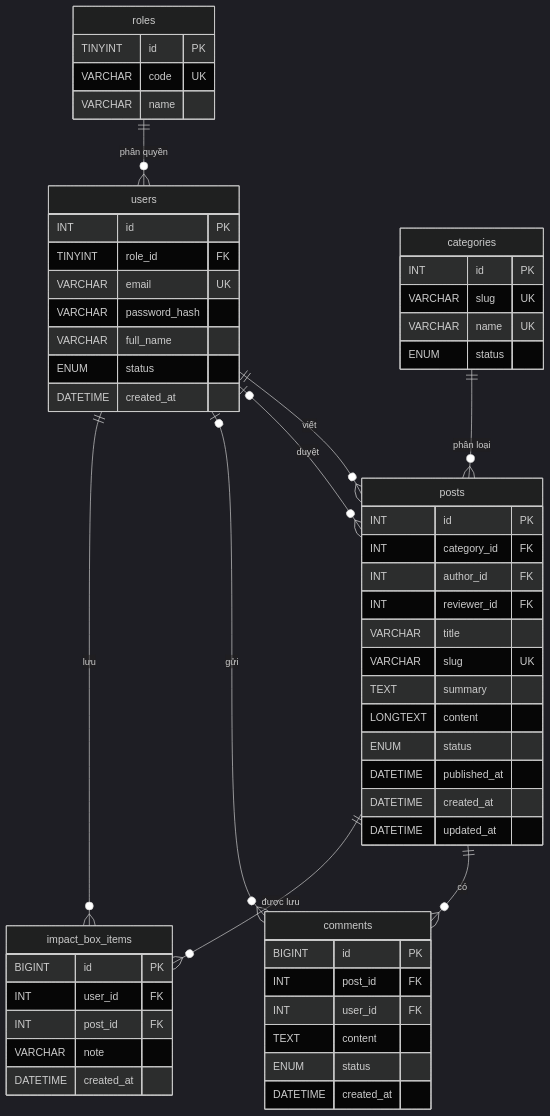
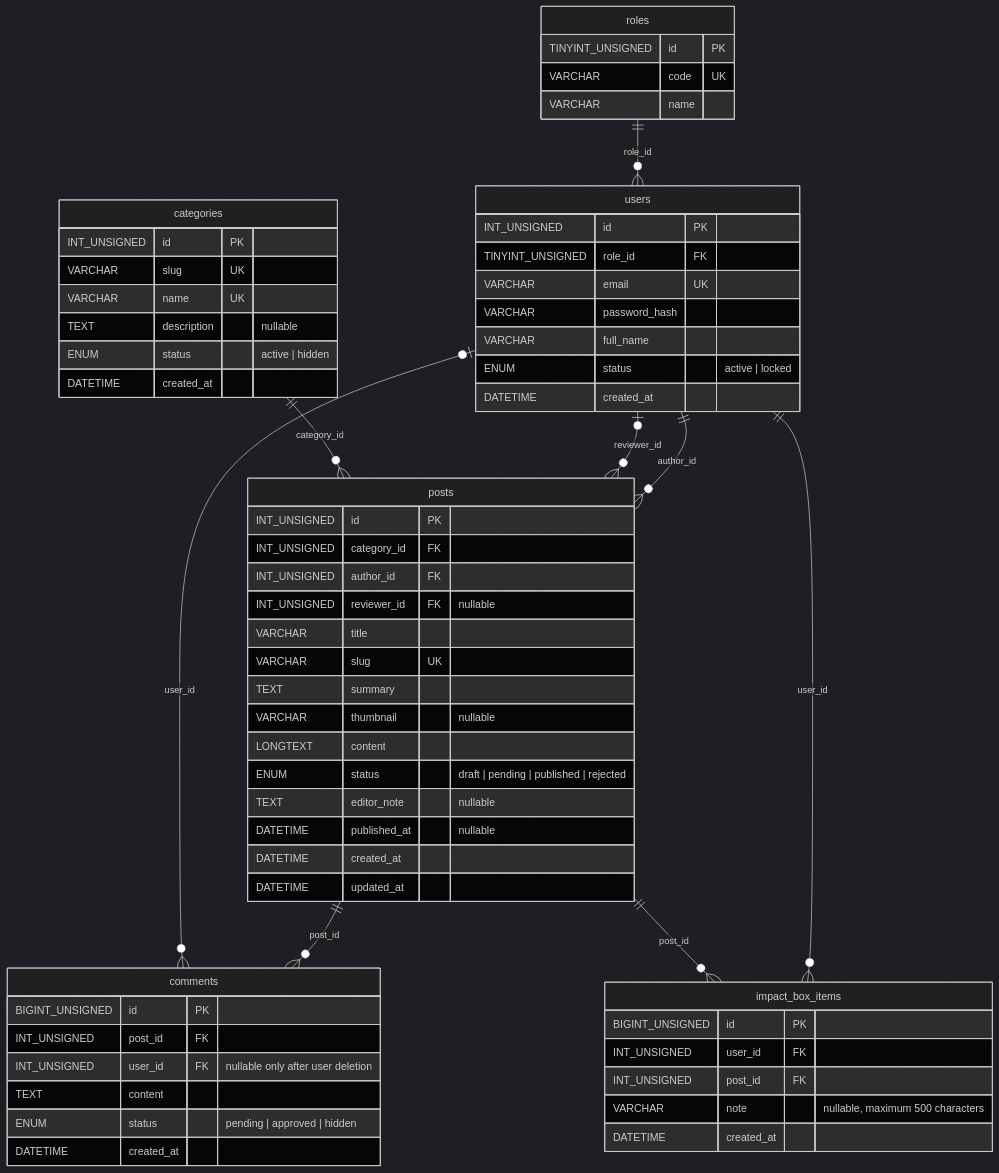
Before and after one commit to binhnguyen2693/btl_laptrinhweb: the diagram in database/erd.md, drawn with Mermaid (dark theme). The commit also changed other lines of this file and 3 other files, not shown here.

Commit message:
chore: remove legacy files and update ERD

````diff
--- a/database/erd.md
+++ b/database/erd.md
@@ -3,66 +6,70 @@
 ```mermaid
 erDiagram
-    roles ||--o{ users : "phân quyền"
-    users ||--o{ posts : "viết"
-    users o|--o{ posts : "duyệt"
-    categories ||--o{ posts : "phân loại"
-    users o|--o{ comments : "gửi"
-    posts ||--o{ comments : "có"
-    users ||--o{ impact_box_items : "lưu"
-    posts ||--o{ impact_box_items : "được lưu"
+    roles ||--o{ users : "role_id"
+    users ||--o{ posts : "author_id"
+    users o|--o{ posts : "reviewer_id"
+    categories ||--o{ posts : "category_id"
+    posts ||--o{ comments : "post_id"
+    users o|--o{ comments : "user_id"
+    users ||--o{ impact_box_items : "user_id"
+    posts ||--o{ impact_box_items : "post_id"
 
     roles {
-        TINYINT id PK
+        TINYINT_UNSIGNED id PK
         VARCHAR code UK
         VARCHAR name
     }
 
     users {
-        INT id PK
-        TINYINT role_id FK
+        INT_UNSIGNED id PK
+        TINYINT_UNSIGNED role_id FK
         VARCHAR email UK
         VARCHAR password_hash
         VARCHAR full_name
-        ENUM status
+        ENUM status "active | locked"
         DATETIME created_at
     }
 
     categories {
-        INT id PK
+        INT_UNSIGNED id PK
         VARCHAR slug UK
         VARCHAR name UK
-        ENUM status
+        TEXT description "nullable"
+        ENUM status "active | hidden"
+        DATETIME created_at
     }
 
     posts {
-        INT id PK
-        INT category_id FK
-        INT author_id FK
-        INT reviewer_id FK
+        INT_UNSIGNED id PK
+        INT_UNSIGNED category_id FK
+        INT_UNSIGNED author_id FK
+        INT_UNSIGNED reviewer_id FK "nullable"
         VARCHAR title
         VARCHAR slug UK
         TEXT summary
+        VARCHAR thumbnail "nullable"
         LONGTEXT content
-        ENUM status
-        DATETIME published_at
+        ENUM status "draft | pending | published | rejected"
+        TEXT editor_note "nullable"
+        DATETIME published_at "nullable"
         DATETIME created_at
         DATETIME updated_at
     }
 
     comments {
-        BIGINT id PK
-        INT post_id FK
-        INT user_id FK
+        BIGINT_UNSIGNED id PK
+        INT_UNSIGNED post_id FK
+        INT_UNSIGNED user_id FK "nullable only after user deletion"
         TEXT content
-        ENUM status
+        ENUM status "pending | approved | hidden"
         DATETIME created_at
     }
 
     impact_box_items {
-        BIGINT id PK
-        INT user_id FK
-        INT post_id FK
-        VARCHAR note
+        BIGINT_UNSIGNED id PK
+        INT_UNSIGNED user_id FK
+        INT_UNSIGNED post_id FK
+        VARCHAR note "nullable, maximum 500 characters"
         DATETIME created_at
     }
 ```
````
